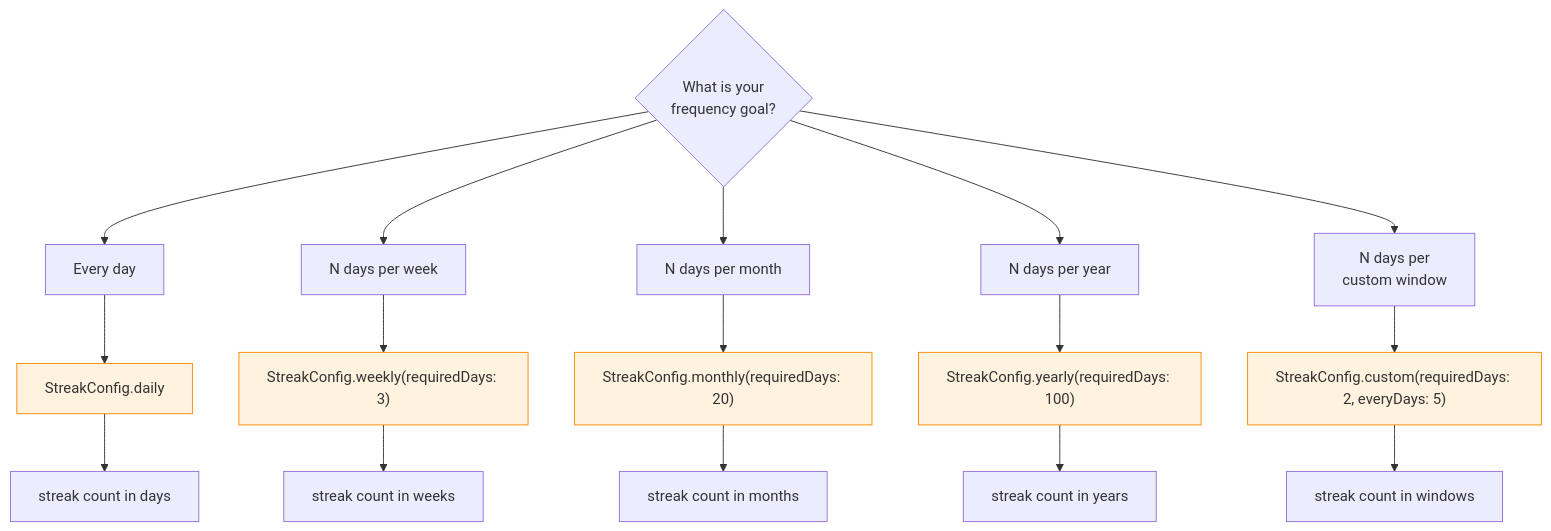
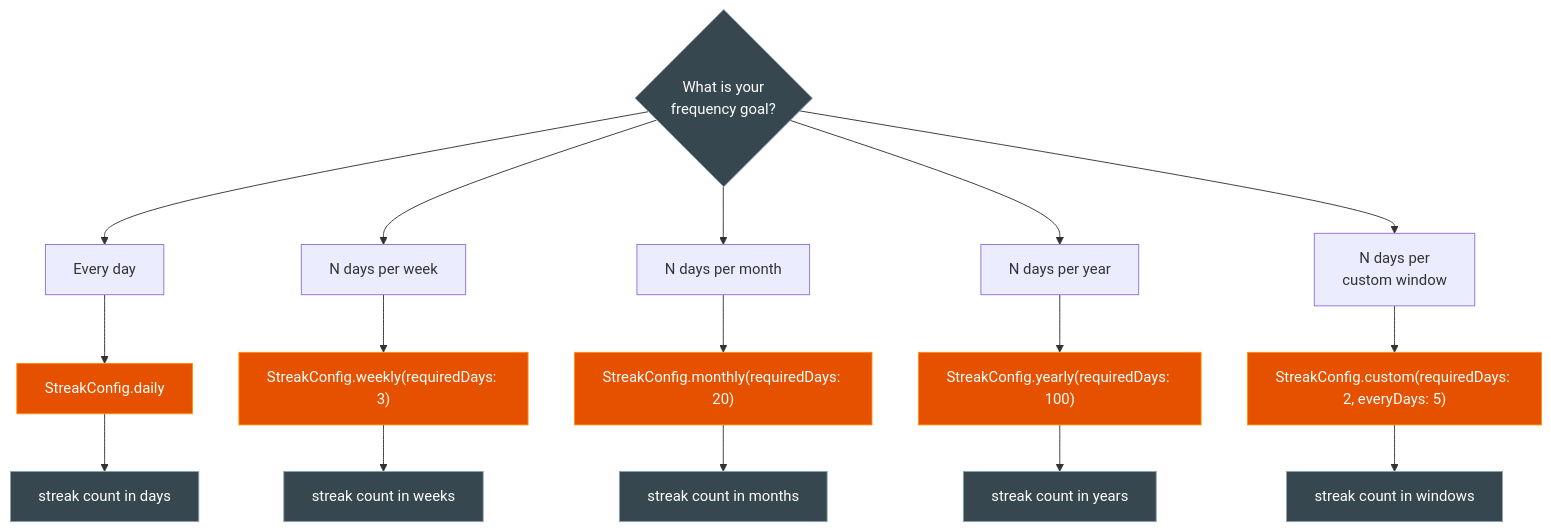
One commit to androidshashi/streak_plus changed the third of 4 diagrams in README.md. Above: the diagram before and after it, drawn with Mermaid. The commit also changed other lines of this file, not shown here.

````diff
--- a/README.md
+++ b/README.md
@@ -84,26 +98,32 @@
 ```mermaid
 flowchart TD
     Q{What is your\nfrequency goal?} --> D[Every day]
     Q --> W[N days per week]
     Q --> M[N days per month]
     Q --> Y[N days per year]
-    Q --> C[N days per\ncustom window]
+    Q --> C["N days per\ncustom window"]
 
     D  --> CD["StreakConfig.daily"]
     W  --> CW["StreakConfig.weekly(requiredDays: 3)"]
     M  --> CM["StreakConfig.monthly(requiredDays: 20)"]
     Y  --> CY["StreakConfig.yearly(requiredDays: 100)"]
     C  --> CC["StreakConfig.custom(requiredDays: 2, everyDays: 5)"]
 
     CD --> R[streak count in days]
     CW --> RW[streak count in weeks]
     CM --> RM[streak count in months]
     CY --> RY[streak count in years]
     CC --> RC[streak count in windows]
 
-    style CD fill:#fff3e0,stroke:#fb8c00
-    style CW fill:#fff3e0,stroke:#fb8c00
-    style CM fill:#fff3e0,stroke:#fb8c00
-    style CY fill:#fff3e0,stroke:#fb8c00
-    style CC fill:#fff3e0,stroke:#fb8c00
+    style Q  fill:#37474f,stroke:#90a4ae,color:#fff
+    style CD fill:#e65100,stroke:#ff8f00,color:#fff
+    style CW fill:#e65100,stroke:#ff8f00,color:#fff
+    style CM fill:#e65100,stroke:#ff8f00,color:#fff
+    style CY fill:#e65100,stroke:#ff8f00,color:#fff
+    style CC fill:#e65100,stroke:#ff8f00,color:#fff
+    style R  fill:#37474f,stroke:#90a4ae,color:#fff
+    style RW fill:#37474f,stroke:#90a4ae,color:#fff
+    style RM fill:#37474f,stroke:#90a4ae,color:#fff
+    style RY fill:#37474f,stroke:#90a4ae,color:#fff
+    style RC fill:#37474f,stroke:#90a4ae,color:#fff
 ```
````
